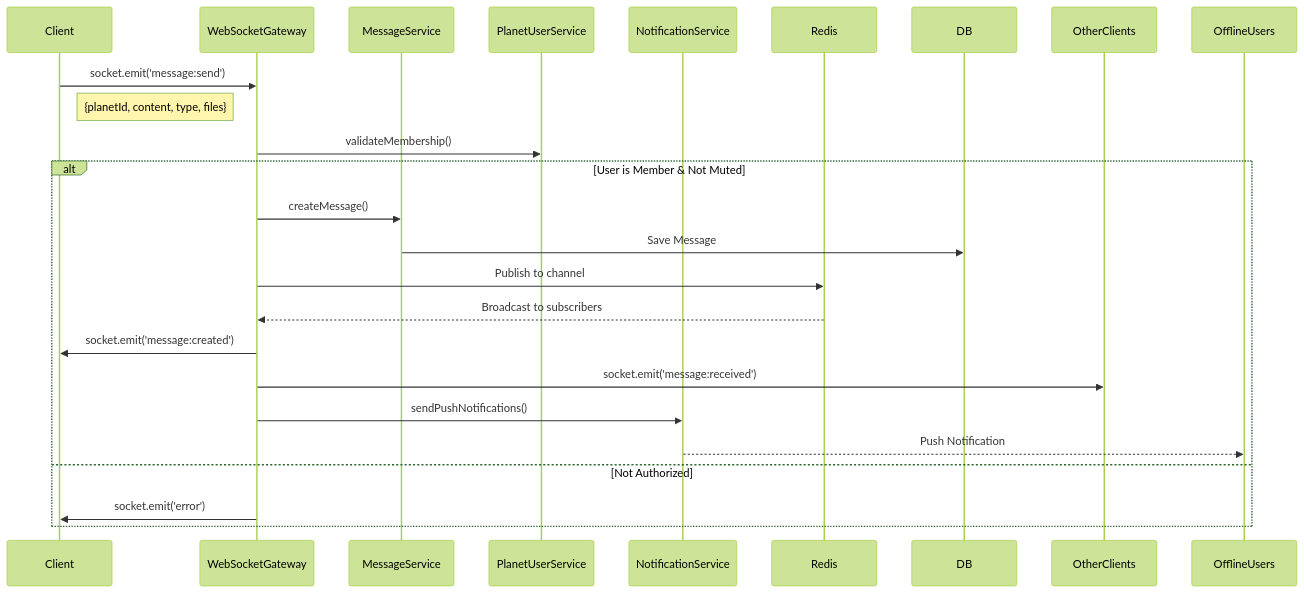
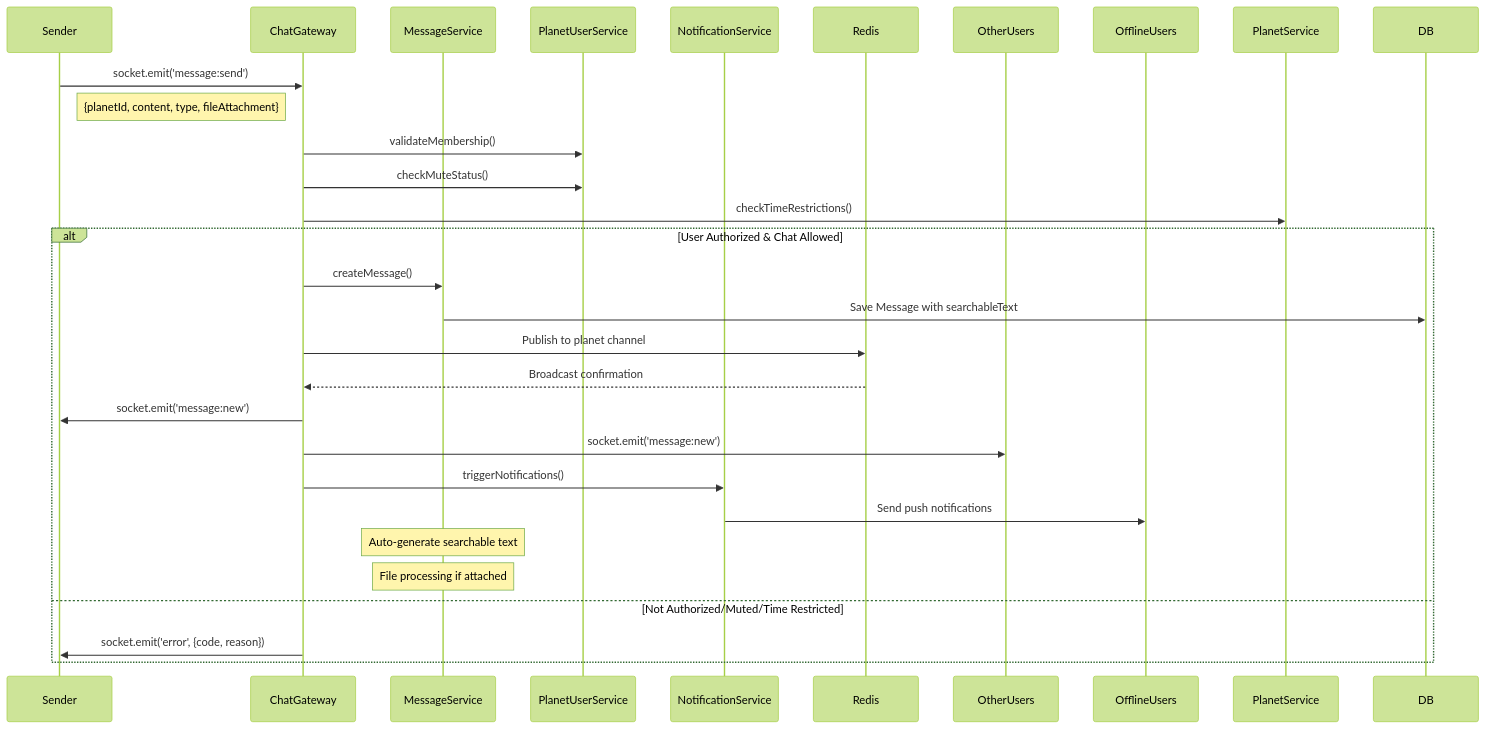
One commit to maximizest/connecto-nest changed the fifth of 10 diagrams in .md/flow.md. Above: the diagram before and after it, drawn with Mermaid (forest theme). The commit also changed other lines of this file, not shown here.

````diff
--- a/.md/flow.md
+++ b/.md/flow.md
@@ -309,31 +343,37 @@
 ```mermaid
 sequenceDiagram
-    participant Client
-    participant WebSocketGateway
+    participant Sender
+    participant ChatGateway
     participant MessageService
     participant PlanetUserService
     participant NotificationService
     participant Redis
-    participant DB
+    participant OtherUsers
+    participant OfflineUsers
     
-    Client->>WebSocketGateway: socket.emit('message:send')
-    Note right of Client: {planetId, content, type, files}
+    Sender->>ChatGateway: socket.emit('message:send')
+    Note right of Sender: {planetId, content, type, fileAttachment}
     
-    WebSocketGateway->>PlanetUserService: validateMembership()
+    ChatGateway->>PlanetUserService: validateMembership()
+    ChatGateway->>PlanetUserService: checkMuteStatus()
+    ChatGateway->>PlanetService: checkTimeRestrictions()
     
-    alt User is Member & Not Muted
-        WebSocketGateway->>MessageService: createMessage()
-        MessageService->>DB: Save Message
+    alt User Authorized & Chat Allowed
+        ChatGateway->>MessageService: createMessage()
+        MessageService->>DB: Save Message with searchableText
         
-        WebSocketGateway->>Redis: Publish to channel
-        Redis-->>WebSocketGateway: Broadcast to subscribers
+        ChatGateway->>Redis: Publish to planet channel
+        Redis-->>ChatGateway: Broadcast confirmation
         
-        WebSocketGateway->>Client: socket.emit('message:created')
-        WebSocketGateway->>OtherClients: socket.emit('message:received')
+        ChatGateway->>Sender: socket.emit('message:new')
+        ChatGateway->>OtherUsers: socket.emit('message:new')
         
-        WebSocketGateway->>NotificationService: sendPushNotifications()
-        NotificationService-->>OfflineUsers: Push Notification
-    else Not Authorized
-        WebSocketGateway->>Client: socket.emit('error')
+        ChatGateway->>NotificationService: triggerNotifications()
+        NotificationService->>OfflineUsers: Send push notifications
+        
+        Note over MessageService: Auto-generate searchable text
+        Note over MessageService: File processing if attached
+    else Not Authorized/Muted/Time Restricted
+        ChatGateway->>Sender: socket.emit('error', {code, reason})
     end
 ```
````
